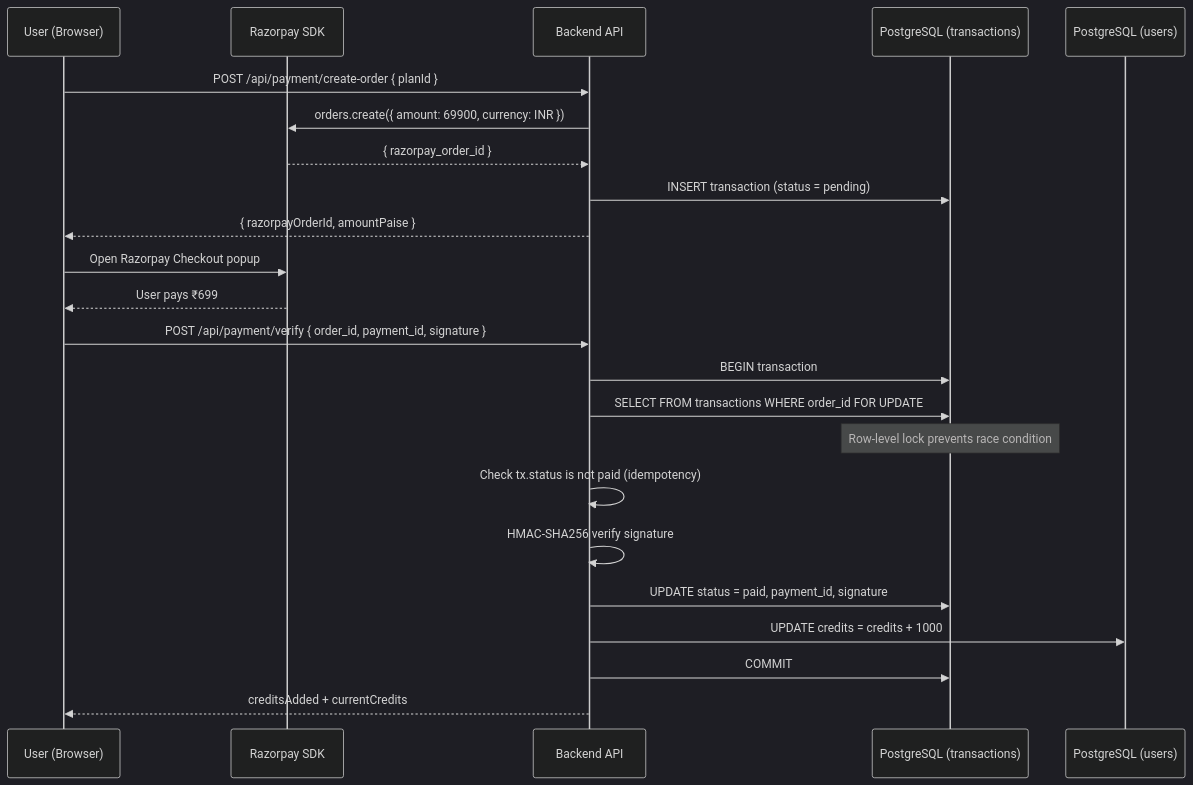
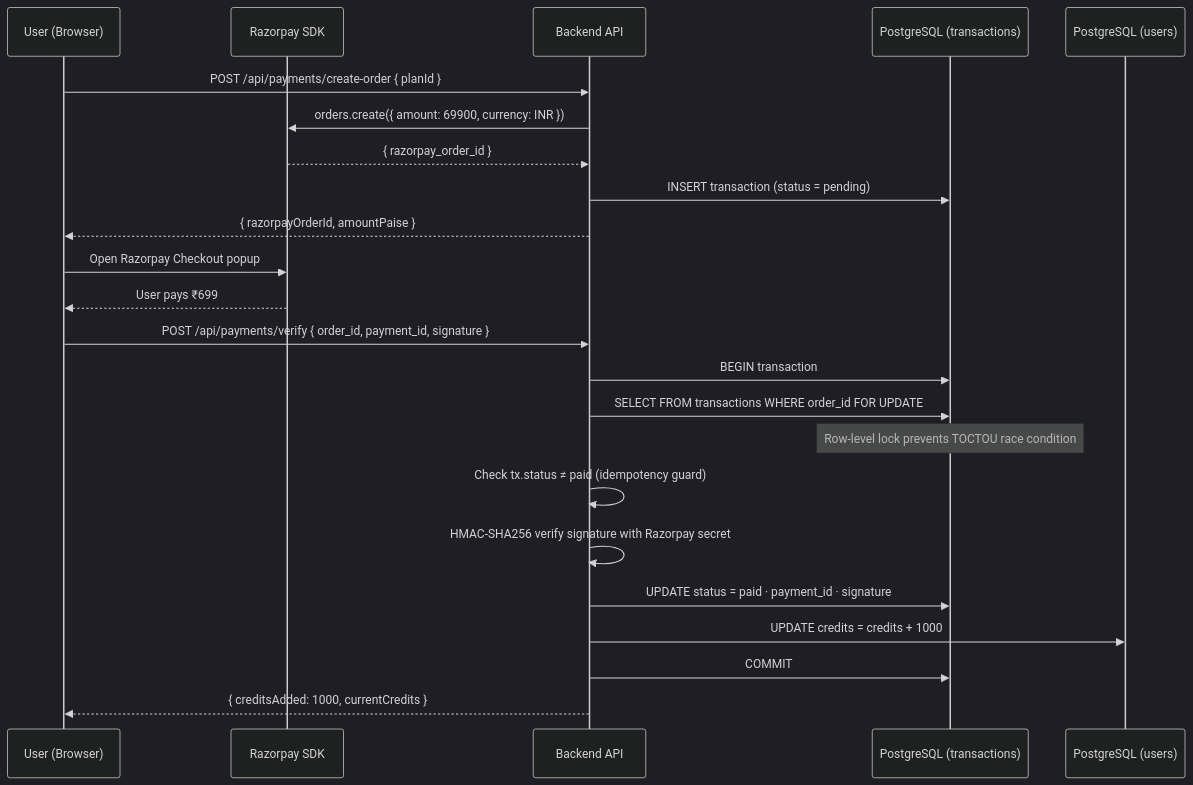
The fourth of 6 diagrams in README.md (rajakumar123-commit/nexasense-ai-assistant), drawn with Mermaid (dark theme) before and after one commit. The commit also changed other lines of this file, not shown here.

````diff
--- a/README.md
+++ b/README.md
@@ -625,28 +683,28 @@
 ```mermaid
 sequenceDiagram
     participant U  as User (Browser)
     participant RZ as Razorpay SDK
     participant BE as Backend API
     participant TX as PostgreSQL (transactions)
     participant UR as PostgreSQL (users)
 
-    U->>BE:  POST /api/payment/create-order { planId }
+    U->>BE:  POST /api/payments/create-order { planId }
     BE->>RZ: orders.create({ amount: 69900, currency: INR })
     RZ-->>BE: { razorpay_order_id }
     BE->>TX:  INSERT transaction (status = pending)
     BE-->>U:  { razorpayOrderId, amountPaise }
 
     U->>RZ:  Open Razorpay Checkout popup
     RZ-->>U: User pays ₹699
-    U->>BE:  POST /api/payment/verify { order_id, payment_id, signature }
+    U->>BE:  POST /api/payments/verify { order_id, payment_id, signature }
 
     BE->>TX: BEGIN transaction
     BE->>TX: SELECT FROM transactions WHERE order_id FOR UPDATE
-    Note over TX: Row-level lock prevents race condition
-    BE->>BE: Check tx.status is not paid (idempotency)
-    BE->>BE: HMAC-SHA256 verify signature
-    BE->>TX: UPDATE status = paid, payment_id, signature
+    Note over TX: Row-level lock prevents TOCTOU race condition
+    BE->>BE: Check tx.status ≠ paid (idempotency guard)
+    BE->>BE: HMAC-SHA256 verify signature with Razorpay secret
+    BE->>TX: UPDATE status = paid · payment_id · signature
     BE->>UR: UPDATE credits = credits + 1000
     BE->>TX: COMMIT
-    BE-->>U: creditsAdded + currentCredits
+    BE-->>U: { creditsAdded: 1000, currentCredits }
 ```
````
